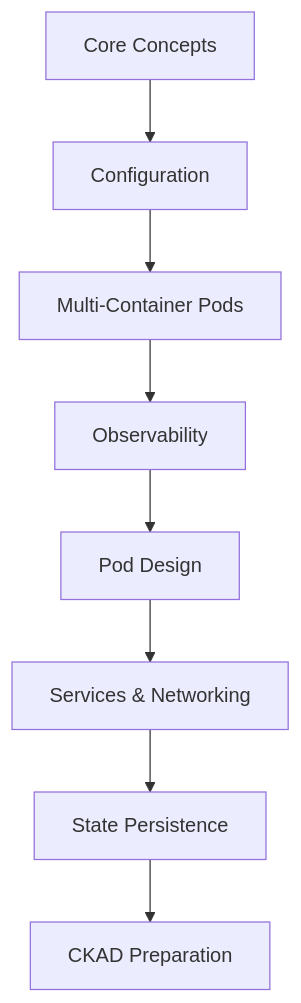
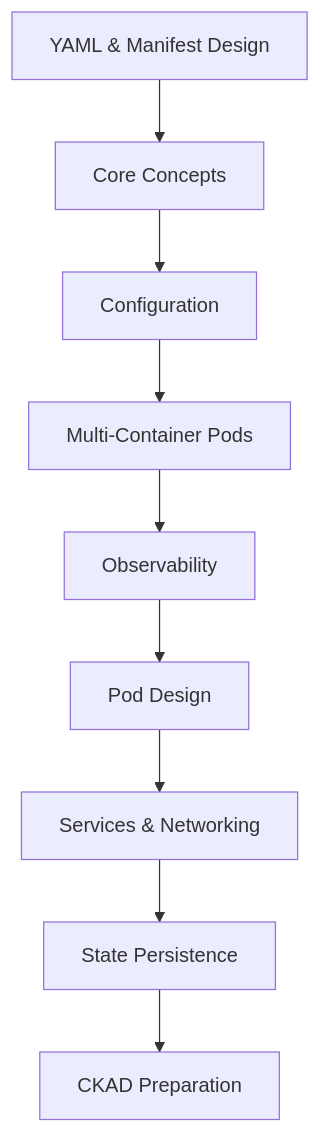
The diagram in cloud/w8/day-c/kubernetes/README.md (vanphutin/vanphutin-aws-accelerator-p2), drawn with Mermaid before and after one commit. The commit also changed other lines of this file and 1 other file, not shown here.

Commit message:
docs: update README to include YAML best practices chapter and enhance learning flow

````diff
--- a/cloud/w8/day-c/kubernetes/README.md
+++ b/cloud/w8/day-c/kubernetes/README.md
@@ -34,10 +35,11 @@
 ```mermaid
 graph TD
-  A[Core Concepts] --> B[Configuration]
+  Z[YAML & Manifest Design] --> A[Core Concepts]
+  A --> B[Configuration]
   B --> C[Multi-Container Pods]
   C --> D[Observability]
   D --> E[Pod Design]
   E --> F[Services & Networking]
   F --> G[State Persistence]
   G --> H[CKAD Preparation]
 ```
````
